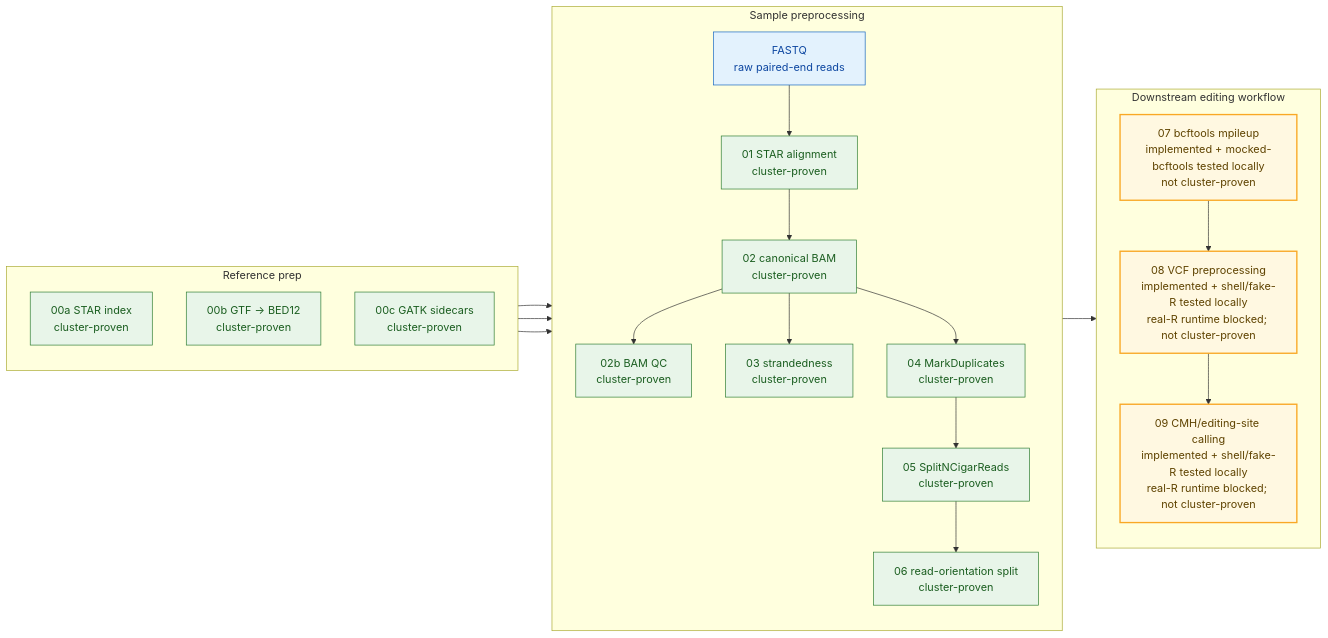
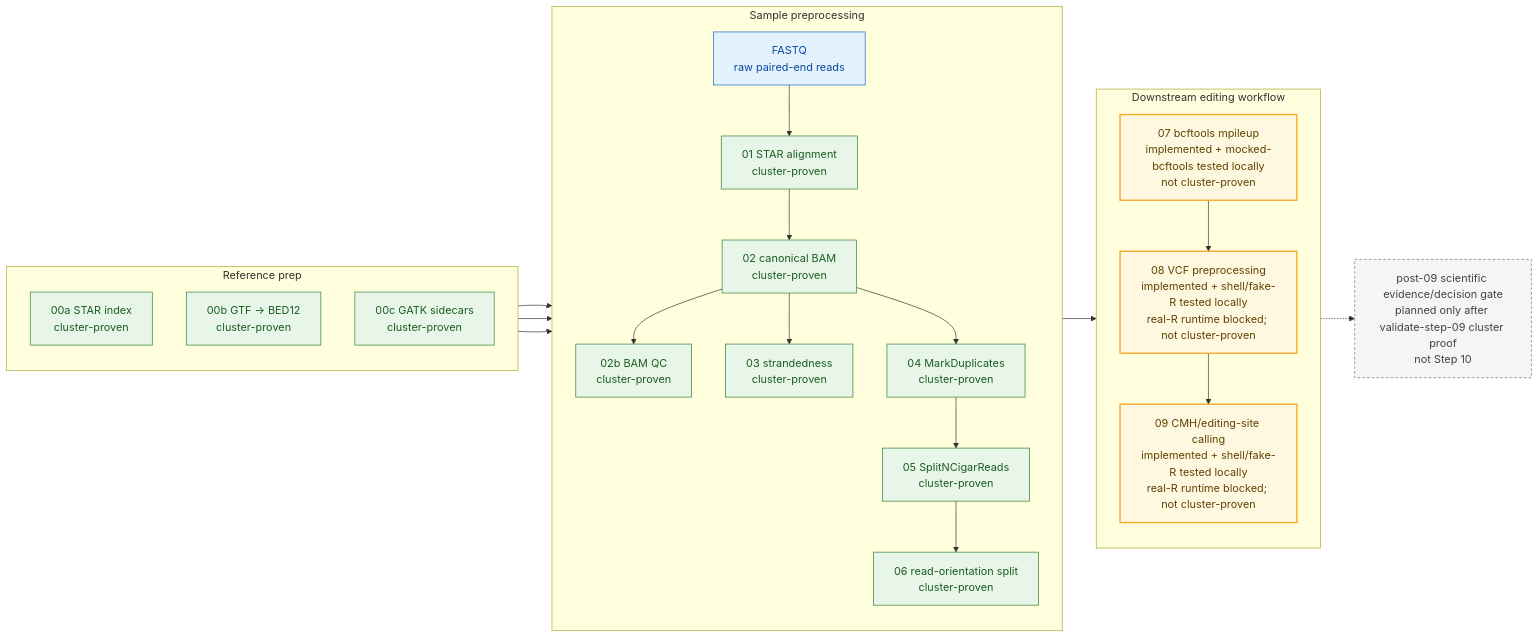
Before and after one commit to lab-cats/EMRYS: the first of 2 diagrams in docs/architecture/ARCHITECTURE.md, drawn with Mermaid. The commit also changed other lines of this file and 18 other files, not shown here.

Commit message:
step 09a roadmap docpatch

````diff
--- a/docs/architecture/ARCHITECTURE.md
+++ b/docs/architecture/ARCHITECTURE.md
@@ -33,45 +40,49 @@
 ```mermaid
 flowchart LR
     classDef proven fill:#e8f5e9,stroke:#2e7d32,color:#1b5e20
     classDef boundary fill:#fff8e1,stroke:#f9a825,color:#5f4300,stroke-width:2px
     classDef pending fill:#f5f5f5,stroke:#757575,color:#424242,stroke-dasharray:4 3
     classDef input fill:#e3f2fd,stroke:#1565c0,color:#0d47a1
 
     subgraph ref["Reference prep"]
         direction TB
         s00a["00a STAR index<br/>cluster-proven"]
         s00b["00b GTF -> BED12<br/>cluster-proven"]
         s00c["00c GATK sidecars<br/>cluster-proven"]
     end
 
     subgraph sample["Sample preprocessing"]
         direction TB
         fastq["FASTQ<br/>raw paired-end reads"]
         s01["01 STAR alignment<br/>cluster-proven"]
         s02["02 canonical BAM<br/>cluster-proven"]
         s02b["02b BAM QC<br/>cluster-proven"]
         s03["03 strandedness<br/>cluster-proven"]
         s04["04 MarkDuplicates<br/>cluster-proven"]
         s05["05 SplitNCigarReads<br/>cluster-proven"]
         s06["06 read-orientation split<br/>cluster-proven"]
     end
 
     subgraph downstream["Downstream editing workflow"]
         direction TB
         s07["07 bcftools mpileup<br/>implemented + mocked-bcftools tested locally<br/>not cluster-proven"]
         s08["08 VCF preprocessing<br/>implemented + shell/fake-R tested locally<br/>real-R runtime blocked; not cluster-proven"]
         s09["09 CMH/editing-site calling<br/>implemented + shell/fake-R tested locally<br/>real-R runtime blocked; not cluster-proven"]
     end
 
+    science["post-09 scientific evidence/decision gate<br/>planned only after validate-step-09 cluster proof<br/>not Step 10"]
+
     fastq --> s01 --> s02
     s00a --> s01
     s00b --> s03
     s00c --> s05
     s02 --> s02b
     s02 --> s03
     s02 --> s04 --> s05 --> s06 --> s07 --> s08 --> s09
+    s09 -.-> science
 
     class fastq input
     class s00a,s00b,s00c,s01,s02,s02b,s03,s04,s05,s06 proven
     class s07,s08,s09 boundary
+    class science pending
 ```
````
